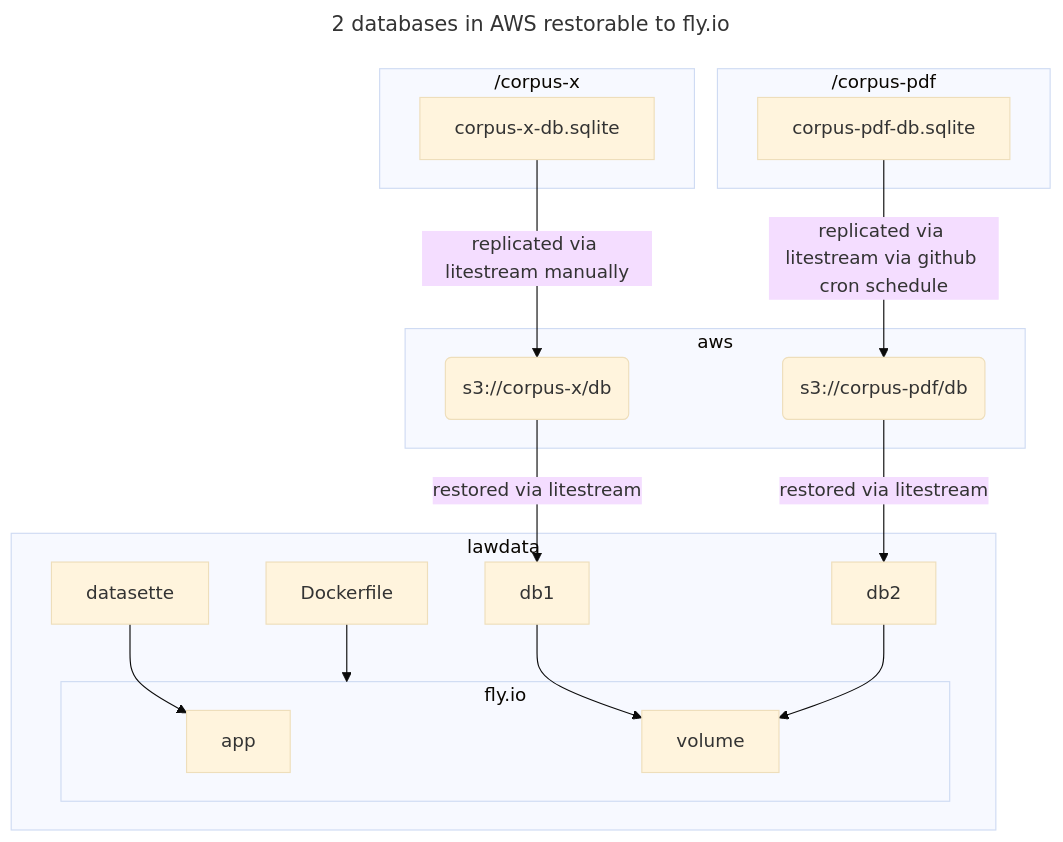
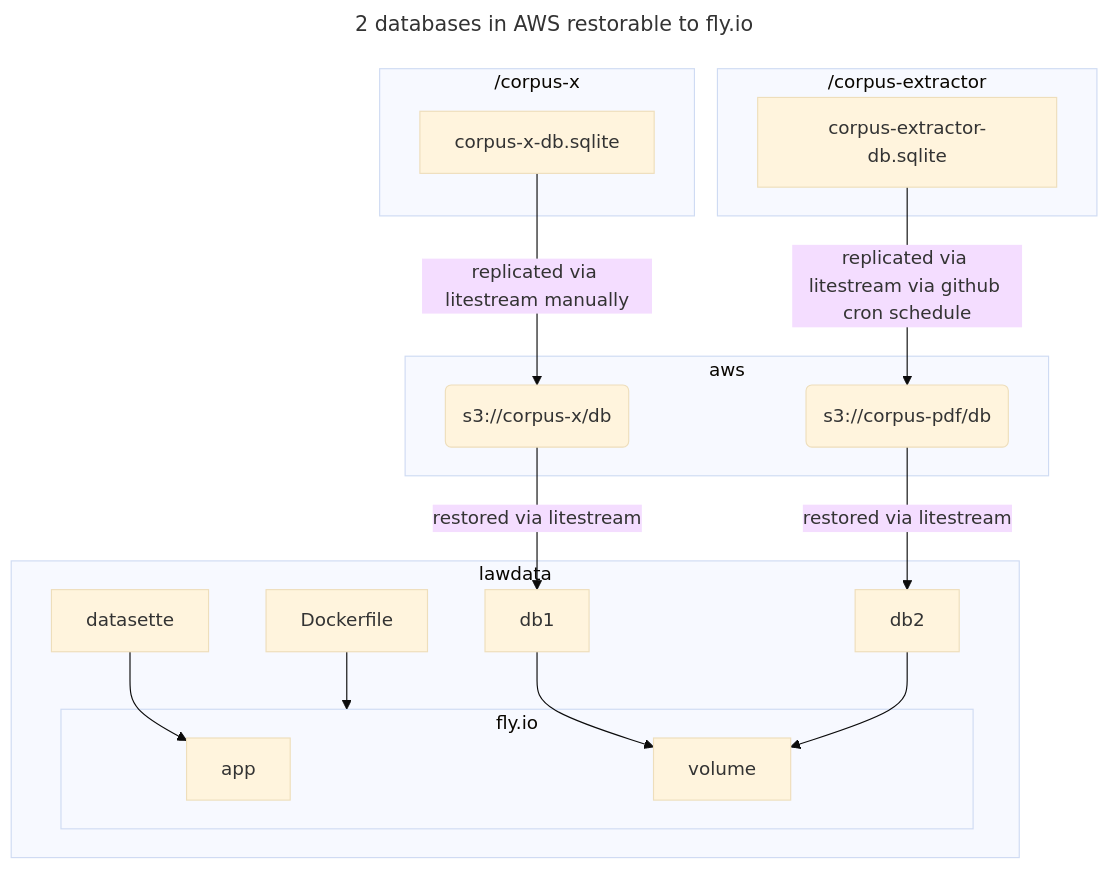
One commit to justmars/lawdata changed the diagram in docs/index.md. Above: the diagram before and after it, drawn with Mermaid (base theme). The commit also changed other lines of this file, not shown here.

````diff
--- a/docs/index.md
+++ b/docs/index.md
@@ -7,29 +22,29 @@
 ```mermaid
 ---
 title: 2 databases in AWS restorable to fly.io
 ---
 flowchart TD
   subgraph fly.io
     app
     volume
   end
   subgraph lawdata
     datasette
     db1
     db2
     datasette-->app
     Dockerfile-->fly.io
     db1-->volume
     db2-->volume
   end
   subgraph aws
     s3-x(s3://corpus-x/db)--"restored via litestream"-->db1
     s3-pdf(s3://corpus-pdf/db)--"restored via litestream"-->db2
   end
   subgraph /corpus-x
     corpus-x-db.sqlite--"replicated via litestream manually"-->s3-x
   end
-  subgraph /corpus-pdf
-    corpus-pdf-db.sqlite--"replicated via litestream via github cron schedule"-->s3-pdf
+  subgraph /corpus-extractor
+    corpus-extractor-db.sqlite--"replicated via litestream via github cron schedule"-->s3-pdf
   end
 ```
````
